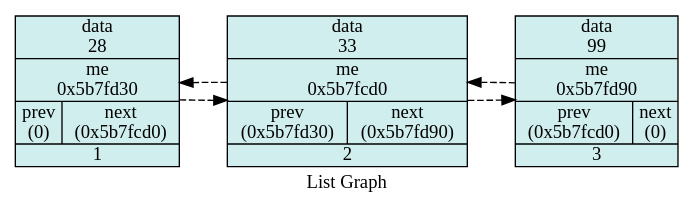
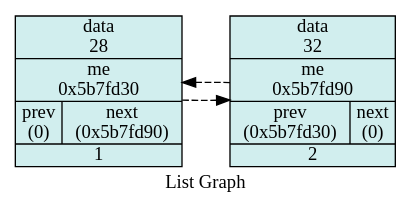
Before and after one commit to StaVan28/iLab: the diagram in 5_list/txt/graph_list.dot, drawn with Graphviz. The commit also changed 6 other files, not shown here.

```diff
--- a/5_list/txt/graph_list.dot
+++ b/5_list/txt/graph_list.dot
@@ -1,17 +1,14 @@
 digraph List {
 
 	node [shape = "circle", style = "filled", fillcolor = "salmon1", fontcolor = "#000000", margin = "0.01"];
 	edge [style = "dashed"];
 	rankdir = "LR"
 
 	label = "List Graph";
 
-	"V0x5b7fd30"[shape = "record", fillcolor="lightcyan2", label = "    data\n28 |    me\n0x5b7fd30 | {prev\n(0) |  next\n(0x5b7fcd0)} | <f0> 1"];
-	"V0x5b7fcd0"[shape = "record", fillcolor="lightcyan2", label = "    data\n33 |    me\n0x5b7fcd0 | {prev\n(0x5b7fd30) |  next\n(0x5b7fd90)} | <f0> 2"];
-	"V0x5b7fd90"[shape = "record", fillcolor="lightcyan2", label = "    data\n99 |    me\n0x5b7fd90 | {prev\n(0x5b7fcd0) |  next\n(0)} | <f0> 3"];
+	"V0x5b7fd30"[shape = "record", fillcolor="lightcyan2", label = "    data\n28 |    me\n0x5b7fd30 | {prev\n(0) |  next\n(0x5b7fd90)} | <f0> 1"];
+	"V0x5b7fd90"[shape = "record", fillcolor="lightcyan2", label = "    data\n32 |    me\n0x5b7fd90 | {prev\n(0x5b7fd30) |  next\n(0)} | <f0> 2"];
 
-	"V0x5b7fcd0"->"V0x5b7fd90";
-	"V0x5b7fd30"->"V0x5b7fcd0";
-	"V0x5b7fcd0"->"V0x5b7fd30";
-	"V0x5b7fd90"->"V0x5b7fcd0";
+	"V0x5b7fd30"->"V0x5b7fd90";
+	"V0x5b7fd90"->"V0x5b7fd30";
 }
```
